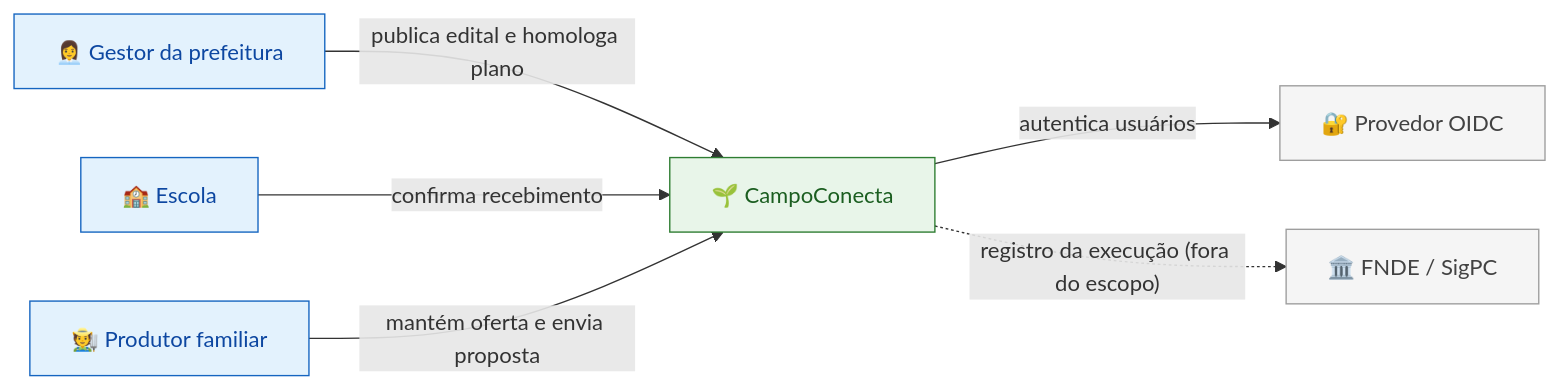
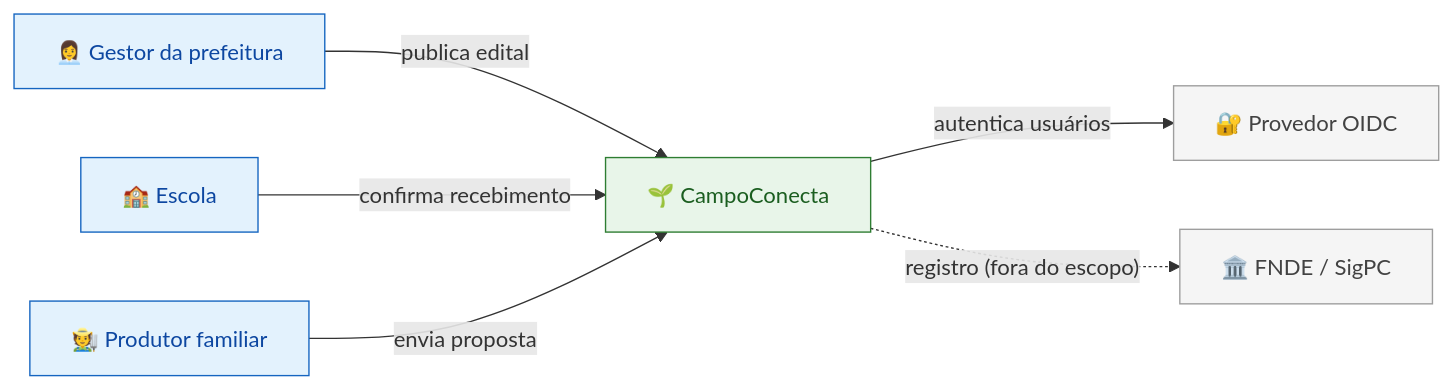
One commit to camidebem/CampoConecta changed the first of 4 diagrams in docs/parte2/01-servicos.md. Above: the diagram before and after it, drawn with Mermaid. The commit also changed other lines of this file, not shown here.

Commit message:
docs: ajusta rotulos e layout dos diagramas

````diff
--- a/docs/parte2/01-servicos.md
+++ b/docs/parte2/01-servicos.md
@@ -157,22 +157,22 @@
 ```mermaid
 flowchart LR
     GESTOR["👩‍💼 Gestor da prefeitura"]
     ESCOLA["🏫 Escola"]
     PRODUTOR["🧑‍🌾 Produtor familiar"]
     SISTEMA["🌱 CampoConecta"]
     IDP["🔐 Provedor OIDC"]
     FNDE["🏛️ FNDE / SigPC"]
 
-    GESTOR -->|"publica edital e homologa plano"| SISTEMA
+    GESTOR -->|"publica edital"| SISTEMA
     ESCOLA -->|"confirma recebimento"| SISTEMA
-    PRODUTOR -->|"mantém oferta e envia proposta"| SISTEMA
+    PRODUTOR -->|"envia proposta"| SISTEMA
     SISTEMA -->|"autentica usuários"| IDP
-    SISTEMA -.->|"registro da execução (fora do escopo)"| FNDE
+    SISTEMA -.->|"registro (fora do escopo)"| FNDE
 
     classDef pessoa fill:#e3f2fd,stroke:#1565c0,color:#0d47a1
     classDef sistema fill:#e8f5e9,stroke:#2e7d32,color:#1b5e20
     classDef externo fill:#f5f5f5,stroke:#9e9e9e,color:#424242
     class GESTOR,ESCOLA,PRODUTOR pessoa
     class SISTEMA sistema
     class IDP,FNDE externo
 ```
````
